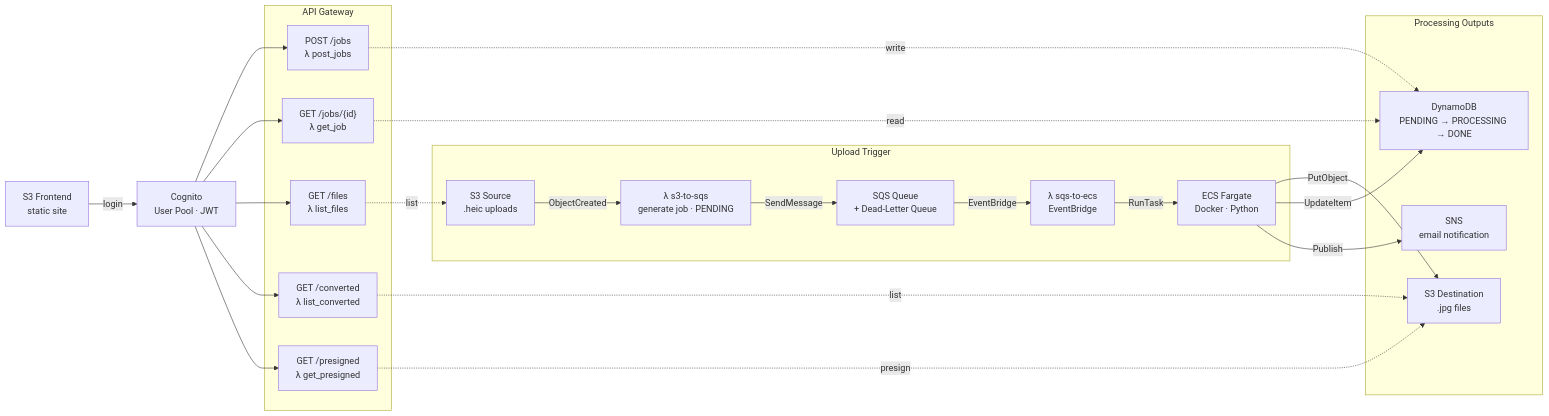
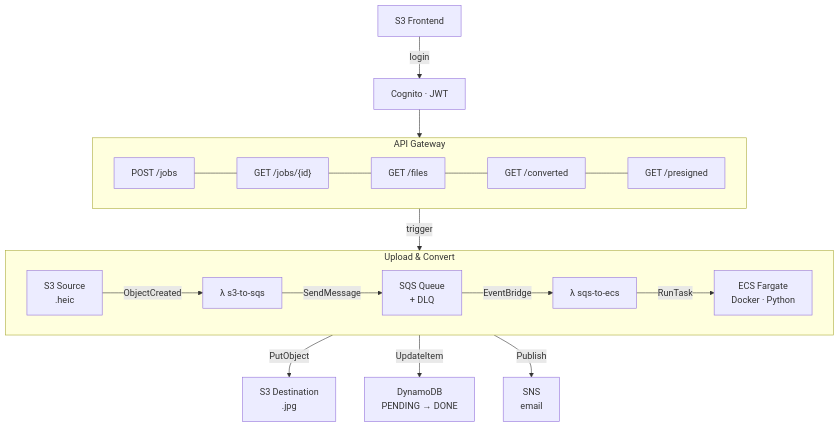
The diagram in README.md (pala3232/heic-converter-pipeline), drawn with Mermaid before and after one commit.

Commit message:
fixed typos in infra graph

````diff
--- a/README.md
+++ b/README.md
@@ -7,45 +7,25 @@
 ```mermaid
-graph LR
-    FE["S3 Frontend\nstatic site"]
-    CG["Cognito\nUser Pool · JWT"]
+graph TB
+    FE["S3 Frontend"] -->|login| CG["Cognito · JWT"]
 
-    subgraph trigger["Upload Trigger"]
-        S1["S3 Source\n.heic uploads"]
-        L1["λ s3-to-sqs\ngenerate job · PENDING"]
-        SQ["SQS Queue\n+ Dead-Letter Queue"]
-        L2["λ sqs-to-ecs\nEventBridge"]
-        EC["ECS Fargate\nDocker · Python"]
+    CG --> API
+
+    subgraph API["API Gateway"]
+        direction LR
+        R1["POST /jobs"] --- R2["GET /jobs/{id}"] --- R3["GET /files"] --- R4["GET /converted"] --- R5["GET /presigned"]
     end
 
-    subgraph outputs["Processing Outputs"]
-        S2["S3 Destination\n.jpg files"]
-        DB["DynamoDB\nPENDING → PROCESSING → DONE"]
-        SN["SNS\nemail notification"]
+    API -->|trigger| S1
+
+    subgraph pipeline["Upload & Convert"]
+        direction LR
+        S1["S3 Source<br/>.heic"] -->|ObjectCreated| L1["λ s3-to-sqs"]
+        L1 -->|SendMessage| SQ["SQS Queue<br/>+ DLQ"]
+        SQ -->|EventBridge| L2["λ sqs-to-ecs"]
+        L2 -->|RunTask| EC["ECS Fargate<br/>Docker · Python"]
     end
 
-    subgraph api["API Gateway"]
-        R1["POST /jobs\nλ post_jobs"]
-        R2["GET /jobs/{id}\nλ get_job"]
-        R3["GET /files\nλ list_files"]
-        R4["GET /converted\nλ list_converted"]
-        R5["GET /presigned\nλ get_presigned"]
-    end
-
-    FE -->|login| CG
-    CG --> R1 & R2 & R3 & R4 & R5
-
-    S1 -->|ObjectCreated| L1
-    L1 -->|SendMessage| SQ
-    SQ -->|EventBridge| L2
-    L2 -->|RunTask| EC
-
-    EC -->|PutObject| S2
-    EC -->|UpdateItem| DB
-    EC -->|Publish| SN
-
-    R1 -.->|write| DB
-    R2 -.->|read| DB
-    R3 -.->|list| S1
-    R4 -.->|list| S2
-    R5 -.->|presign| S2
+    EC -->|PutObject| S2["S3 Destination<br/>.jpg"]
+    EC -->|UpdateItem| DB["DynamoDB<br/>PENDING → DONE"]
+    EC -->|Publish| SN["SNS\nemail"]
 ```
````
